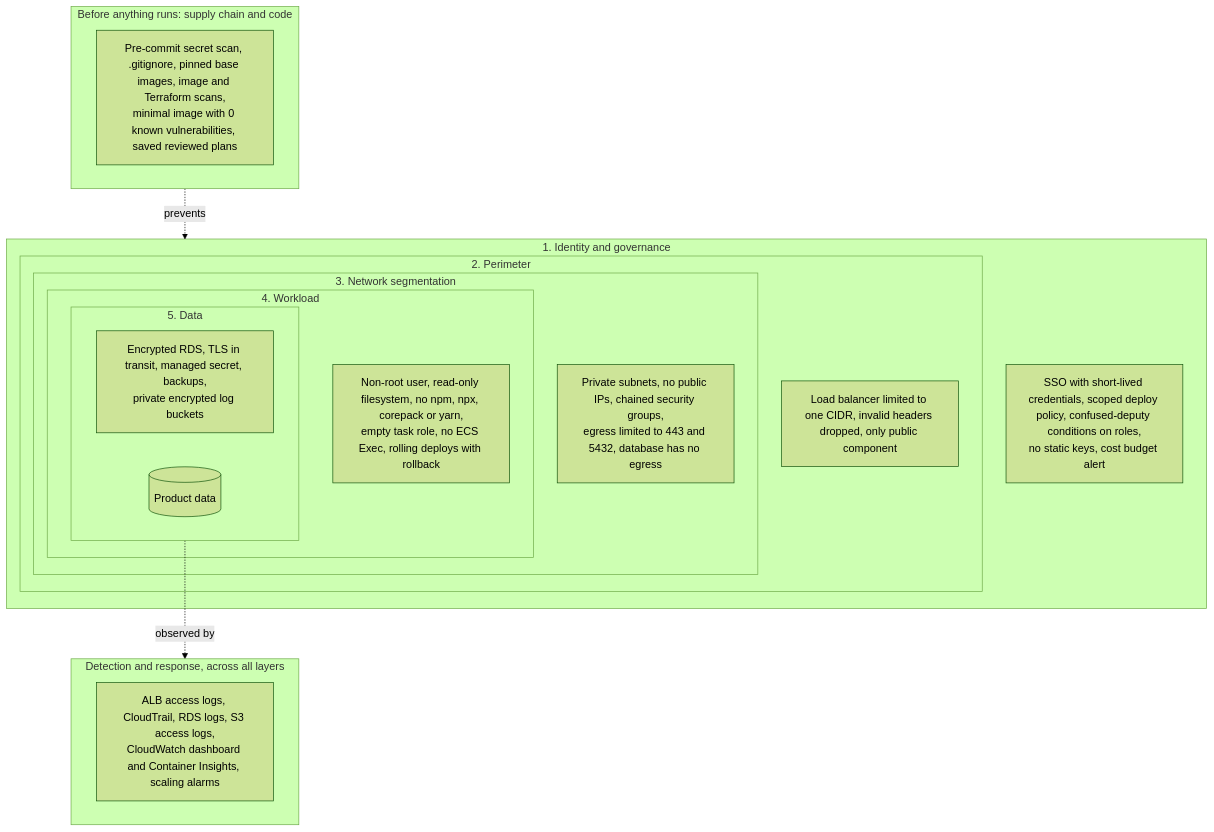
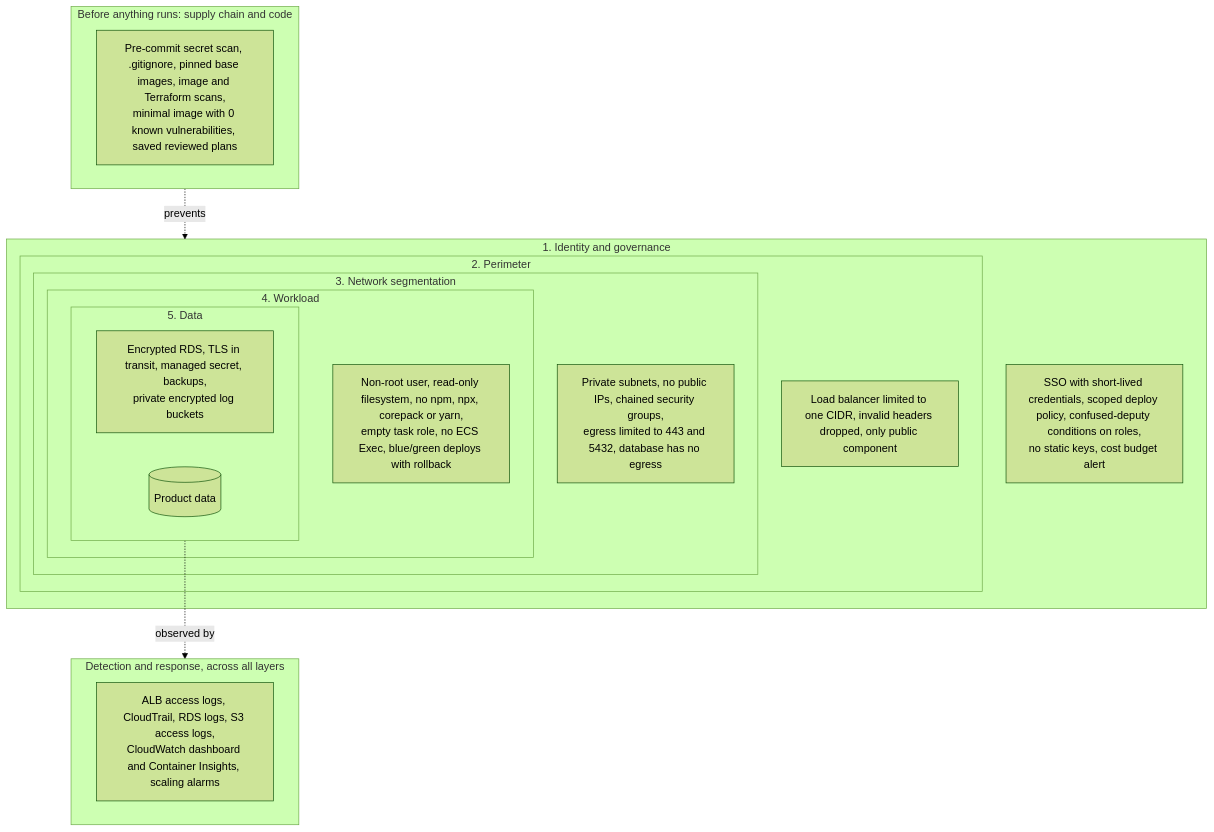
The fourth of 6 diagrams in docs/Architecture.md (bdahiya2007/secure-containerized-microservices-app-aws), drawn with Mermaid (forest theme) before and after one commit. The commit also changed other lines of this file and 6 other files, not shown here.

````diff
--- a/docs/Architecture.md
+++ b/docs/Architecture.md
@@ -161,30 +175,30 @@
 ```mermaid
 flowchart TB
   subgraph L0 ["Before anything runs: supply chain and code"]
     s0["Pre-commit secret scan, .gitignore, pinned base images, image and Terraform scans,<br/>minimal image with 0 known vulnerabilities, saved reviewed plans"]
   end
 
   subgraph L1 ["1. Identity and governance"]
     s1["SSO with short-lived credentials, scoped deploy policy, confused-deputy conditions on roles,<br/>no static keys, cost budget alert"]
     subgraph L2 ["2. Perimeter"]
       s2["Load balancer limited to one CIDR, invalid headers dropped, only public component"]
       subgraph L3 ["3. Network segmentation"]
         s3["Private subnets, no public IPs, chained security groups,<br/>egress limited to 443 and 5432, database has no egress"]
         subgraph L4 ["4. Workload"]
-          s4["Non-root user, read-only filesystem, no npm, npx, corepack or yarn,<br/>empty task role, no ECS Exec, rolling deploys with rollback"]
+          s4["Non-root user, read-only filesystem, no npm, npx, corepack or yarn,<br/>empty task role, no ECS Exec, blue/green deploys with rollback"]
           subgraph L5 ["5. Data"]
             s5["Encrypted RDS, TLS in transit, managed secret, backups,<br/>private encrypted log buckets"]
             data[("Product data")]
           end
         end
       end
     end
   end
 
   subgraph LD ["Detection and response, across all layers"]
     sd["ALB access logs, CloudTrail, RDS logs, S3 access logs,<br/>CloudWatch dashboard and Container Insights, scaling alarms"]
   end
 
   L0 -.->|"prevents"| L1
   L5 -.->|"observed by"| LD
 ```
````
